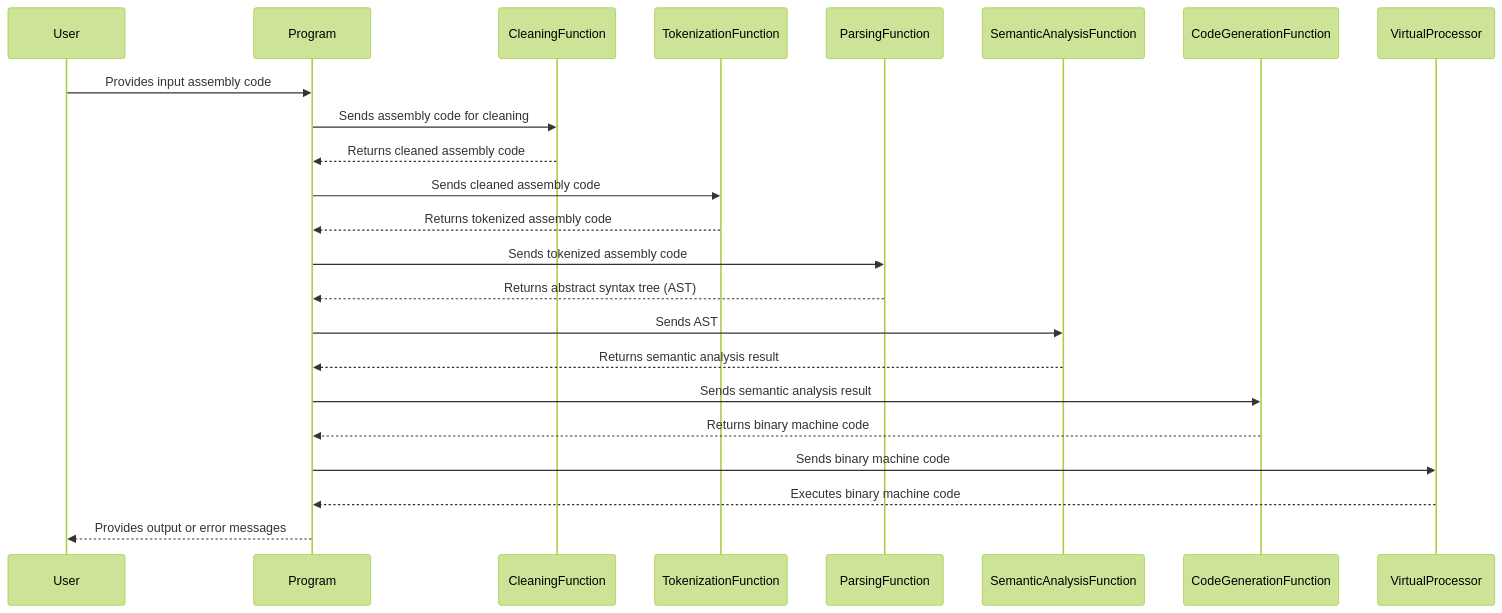
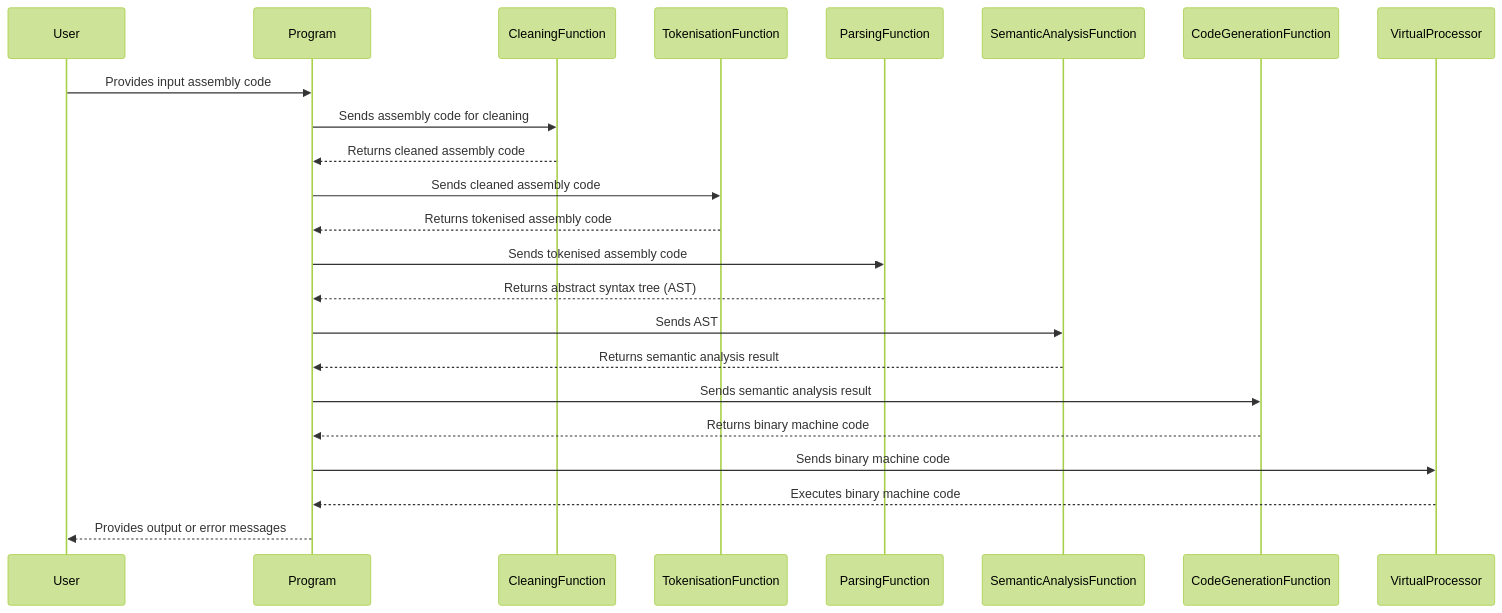
Before and after one commit to algosup/2023-2024-project-3-virtual-processor-team-1: the ninth of 9 diagrams in Documents/TechnicalSpecifications.md, drawn with Mermaid (forest theme). The commit also changed other lines of this file and 1 other file, not shown here.

````diff
--- a/Documents/TechnicalSpecifications.md
+++ b/Documents/TechnicalSpecifications.md
@@ -1019,26 +1019,26 @@
 ```mermaid
 sequenceDiagram
     participant User
     participant Program
     participant CleaningFunction
-    participant TokenizationFunction
+    participant TokenisationFunction
     participant ParsingFunction
     participant SemanticAnalysisFunction
     participant CodeGenerationFunction
     participant VirtualProcessor
 
     User->>Program: Provides input assembly code
     Program->>CleaningFunction: Sends assembly code for cleaning
     CleaningFunction-->>Program: Returns cleaned assembly code
-    Program->>TokenizationFunction: Sends cleaned assembly code
-    TokenizationFunction-->>Program: Returns tokenized assembly code
-    Program->>ParsingFunction: Sends tokenized assembly code
+    Program->>TokenisationFunction: Sends cleaned assembly code
+    TokenisationFunction-->>Program: Returns tokenised assembly code
+    Program->>ParsingFunction: Sends tokenised assembly code
     ParsingFunction-->>Program: Returns abstract syntax tree (AST)
     Program->>SemanticAnalysisFunction: Sends AST
     SemanticAnalysisFunction-->>Program: Returns semantic analysis result
     Program->>CodeGenerationFunction: Sends semantic analysis result
     CodeGenerationFunction-->>Program: Returns binary machine code
     Program->>VirtualProcessor: Sends binary machine code
     VirtualProcessor-->>Program: Executes binary machine code
     Program-->>User: Provides output or error messages
 ```
````
